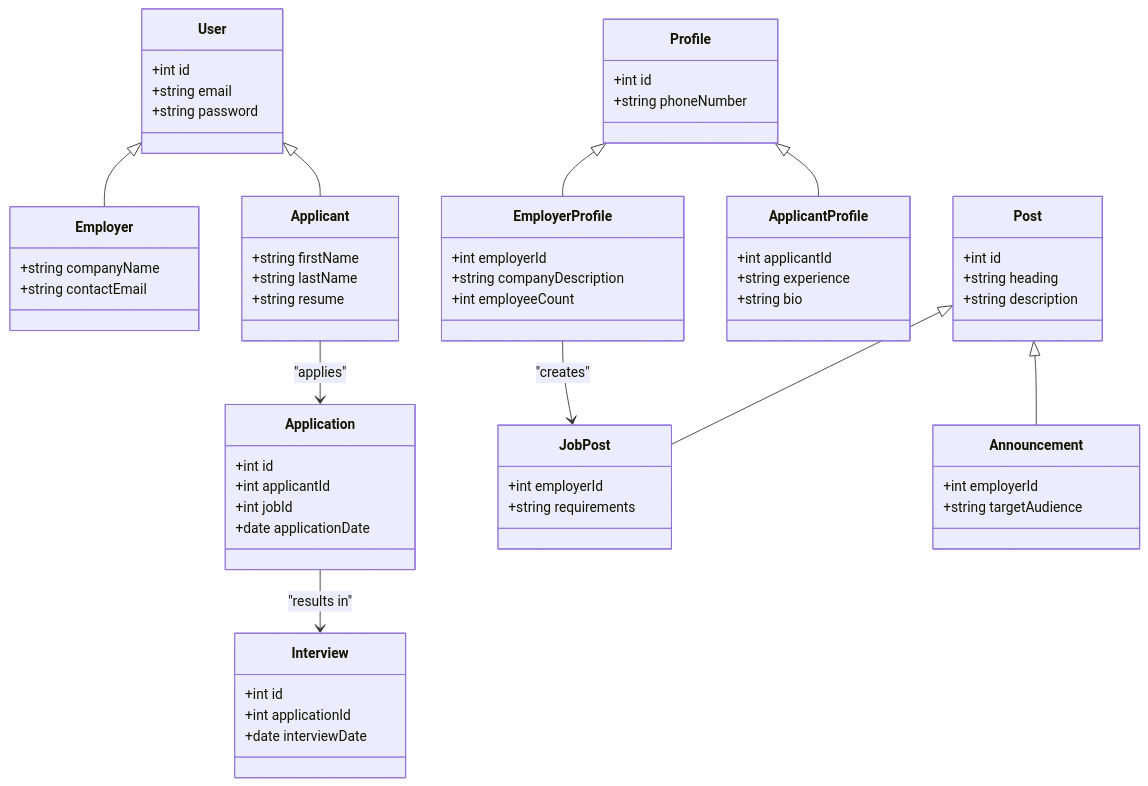
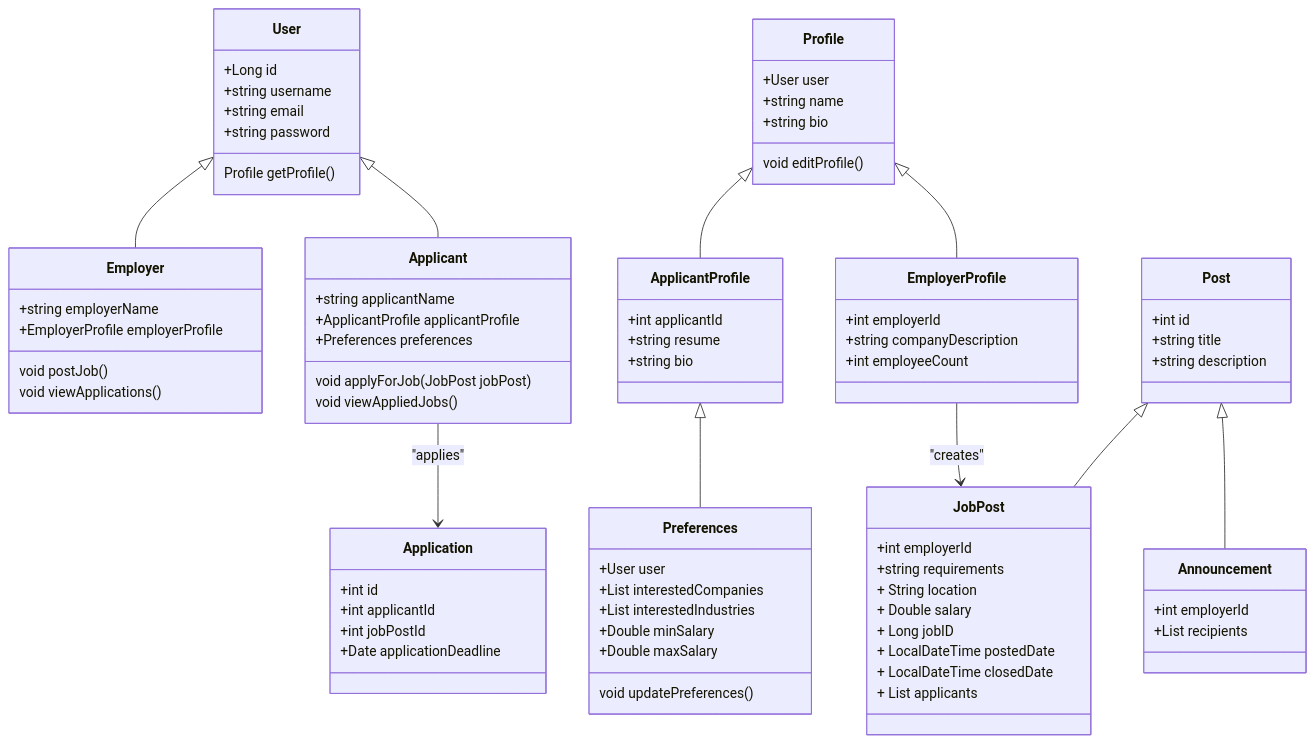
One commit to jhu-oose-f24/Team-JobJays changed the diagram in doc/class_diagram.mermaid. Above: the diagram before and after it, drawn with Mermaid. The commit also changed other lines of this file, not shown here.

Commit message:
Changes to uml itr2
[Ticket: X]

```diff
--- a/doc/class_diagram.mermaid
+++ b/doc/class_diagram.mermaid
@@ -1,74 +1,98 @@
 classDiagram
     User <|-- Employer
     User <|-- Applicant
+    Profile <|-- ApplicantProfile
     Profile <|-- EmployerProfile
-    Profile <|-- ApplicantProfile
     Post <|-- JobPost
     Post <|-- Announcement
+    ApplicantProfile <|-- Preferences
+
 
     class User {
-        +int id
+        +Long id
+        +string username
         +string email
         +string password
+        Profile getProfile()
     }
 
+    class Preferences {
+        +User user
+        +List<Employer> interestedCompanies
+        +List<String> interestedIndustries
+        +Double minSalary
+        +Double maxSalary
+        void updatePreferences()
+
+    }
+
+
     class Employer {
-        +string companyName
-        +string contactEmail
+        +string employerName
+        +EmployerProfile employerProfile
+        void postJob()
+        void viewApplications()
     }
 
     class Applicant {
-        +string firstName
-        +string lastName
-        +string resume
+        +string applicantName
+        +ApplicantProfile applicantProfile
+        +Preferences preferences
+        void applyForJob(JobPost jobPost)
+        void viewAppliedJobs()
+
     }
 
     class Profile {
-        +int id
-        +string phoneNumber
+        +User user
+        +string name
+        +string bio
+        void editProfile()
     }
 
     class EmployerProfile {
         +int employerId
         +string companyDescription
         +int employeeCount
     }
 
     class ApplicantProfile {
         +int applicantId
-        +string experience
+        +string resume
         +string bio
     }
 
     class Post {
         +int id
-        +string heading
+        +string title
         +string description
     }
 
     class JobPost {
         +int employerId
         +string requirements
+        + String location
+        + Double salary
+
+        + Long jobID
+        + LocalDateTime postedDate
+        + LocalDateTime closedDate
+
+        + List<Applicant> applicants
     }
 
     class Announcement {
         +int employerId
-        +string targetAudience
+        +List <User> recipients
     }
 
     class Application {
         +int id
         +int applicantId
-        +int jobId
-        +date applicationDate
+        +int jobPostId
+        +Date applicationDeadline
     }
 
-    class Interview {
-        +int id
-        +int applicationId
-        +date interviewDate
-    }
 
     Applicant --> Application : "applies"
     EmployerProfile --> JobPost : "creates"
-    Application --> Interview : "results in"
```
